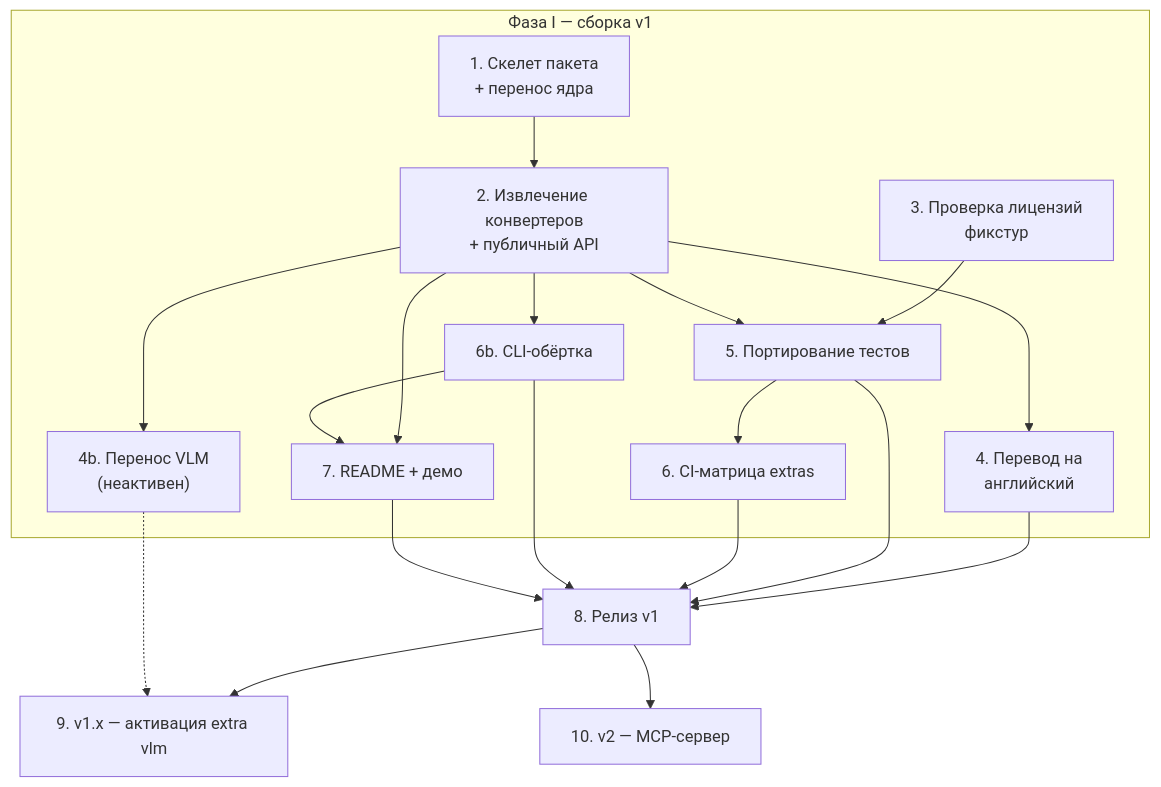
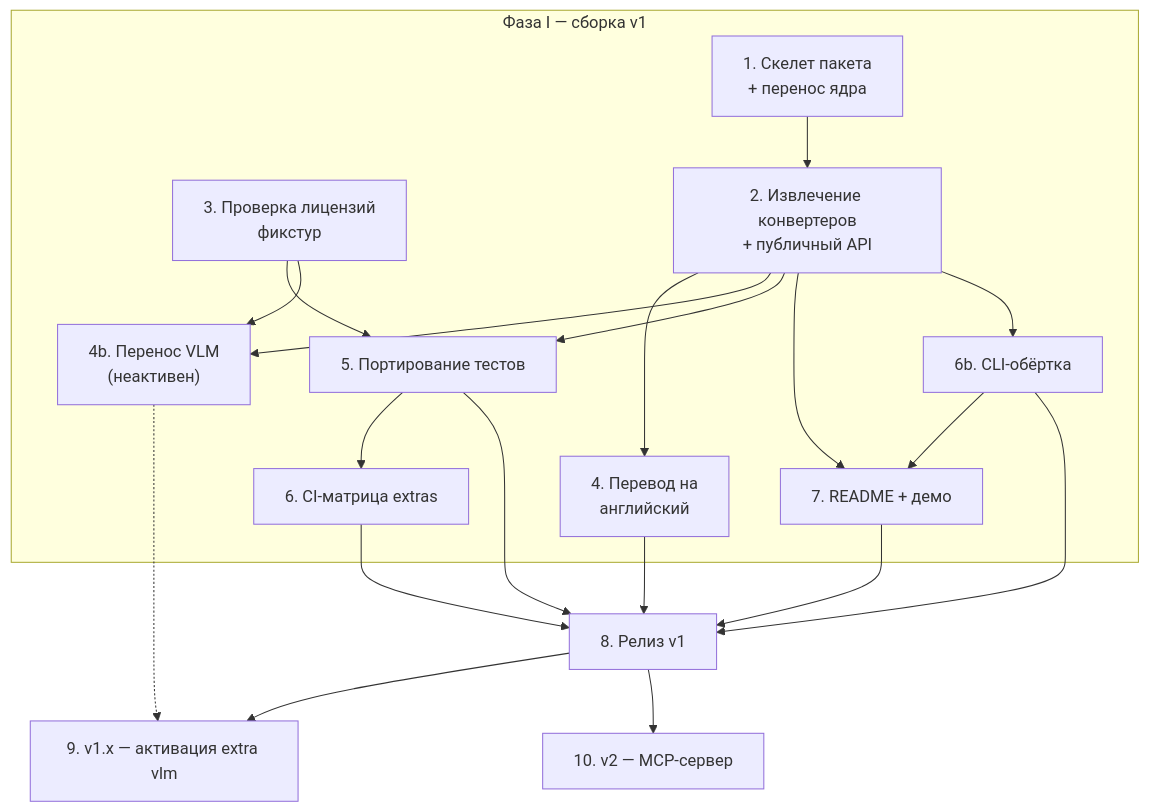
One commit to HelgDemidov/refigure changed the diagram in docs/execution-sequence-2026-08-04.md. Above: the diagram before and after it, drawn with Mermaid. The commit also changed other lines of this file, not shown here.

First line of the commit message:
docs: update roadmap — stage 4b scope grew 25%->30% per today's decisions

````diff
--- a/docs/execution-sequence-2026-08-04.md
+++ b/docs/execution-sequence-2026-08-04.md
@@ -15,35 +15,36 @@
 ```mermaid
 flowchart TD
     subgraph P1["Фаза I — сборка v1"]
         S1["1. Скелет пакета<br/>+ перенос ядра"]
         S3["3. Проверка лицензий<br/>фикстур"]
         S2["2. Извлечение конвертеров<br/>+ публичный API"]
         S4["4. Перевод на<br/>английский"]
         S4b["4b. Перенос VLM<br/>(неактивен)"]
         S5["5. Портирование тестов"]
         S6["6. CI-матрица extras"]
         S6b["6b. CLI-обёртка"]
         S7["7. README + демо"]
     end
     S8["8. Релиз v1"]
     S9["9. v1.x — активация extra vlm"]
     S10["10. v2 — MCP-сервер"]
 
     S1 --> S2
     S3 --> S5
+    S3 --> S4b
     S2 --> S4
     S2 --> S4b
     S2 --> S5
     S2 --> S7
     S2 --> S6b
     S5 --> S6
     S6b --> S7
     S4 --> S8
     S5 --> S8
     S6 --> S8
     S6b --> S8
     S7 --> S8
     S8 --> S9
     S8 --> S10
     S4b -.-> S9
 ```
````
